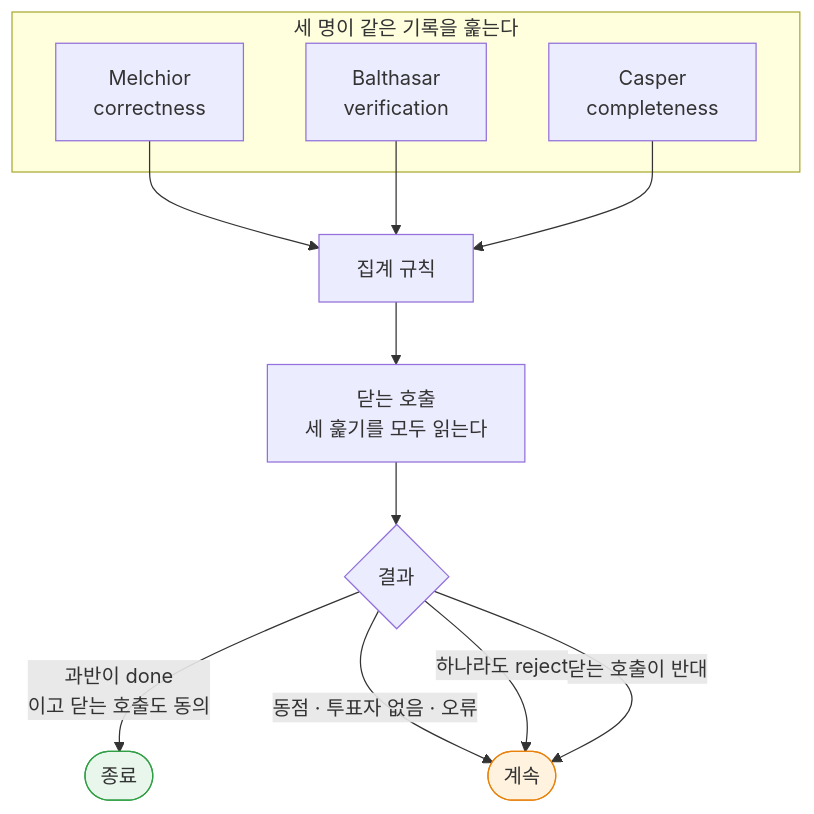
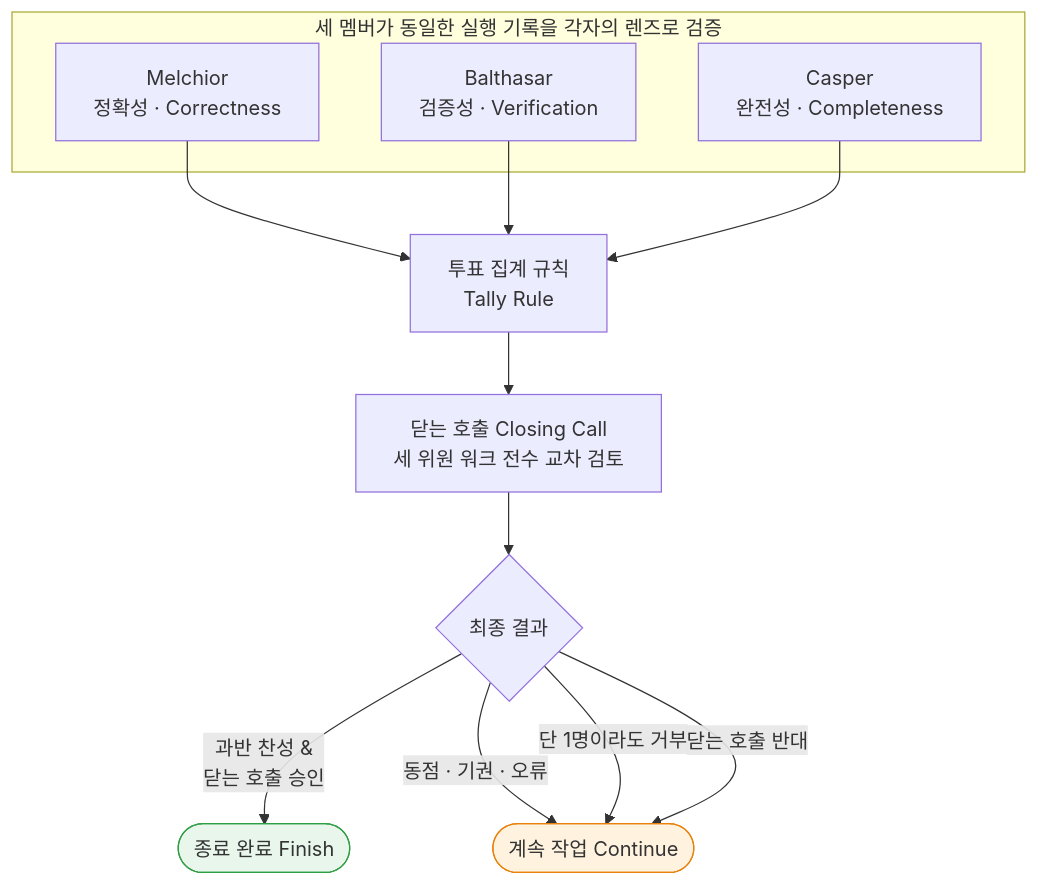
Before and after one commit to sayaya1090/magi: the third of 5 diagrams in README.ko.md, drawn with Mermaid. The commit also changed other lines of this file and 6 other files, not shown here.

````diff
--- a/README.ko.md
+++ b/README.ko.md
@@ -125,20 +189,20 @@
 ```mermaid
 flowchart TD
-    subgraph read [세 명이 같은 기록을 훑는다]
-        M[Melchior<br/>correctness]
-        B[Balthasar<br/>verification]
-        K[Casper<br/>completeness]
+    subgraph read [세 멤버가 동일한 실행 기록을 각자의 렌즈로 검증]
+        M[Melchior<br/>정확성 · Correctness]
+        B[Balthasar<br/>검증성 · Verification]
+        K[Casper<br/>완전성 · Completeness]
     end
-    M --> TA[집계 규칙]
+    M --> TA[투표 집계 규칙<br/>Tally Rule]
     B --> TA
     K --> TA
-    TA --> CL[닫는 호출<br/>세 훑기를 모두 읽는다]
-    CL --> Q{결과}
-    Q -->|과반이 done<br/>이고 닫는 호출도 동의| DONE([종료])
-    Q -->|동점 · 투표자 없음 · 오류| CONT([계속])
-    Q -->|하나라도 reject| CONT
-    Q -->|닫는 호출이 반대| CONT
+    TA --> CL[닫는 호출 Closing Call<br/>세 위원 워크 전수 교차 검토]
+    CL --> Q{최종 결과}
+    Q -->|과반 찬성 &<br/>닫는 호출 승인| DONE([종료 완료 Finish])
+    Q -->|동점 · 기권 · 오류| CONT([계속 작업 Continue])
+    Q -->|단 1명이라도 거부| CONT
+    Q -->|닫는 호출 반대| CONT
 
     style DONE fill:#e8f6ec,stroke:#2f9e44
     style CONT fill:#fff3e0,stroke:#e8820c
 ```
````
